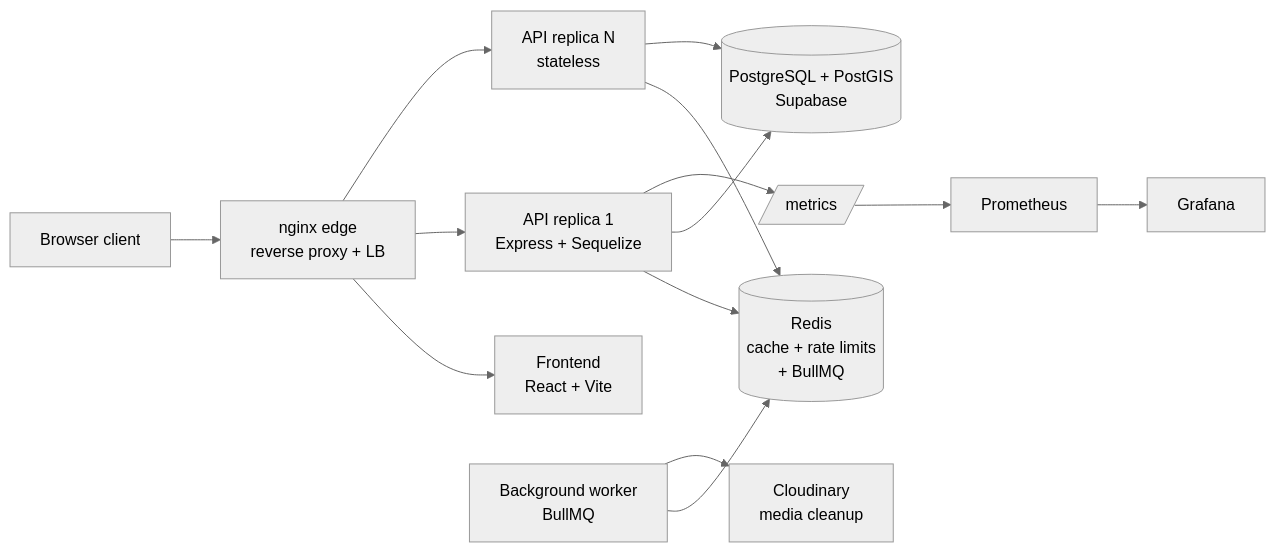
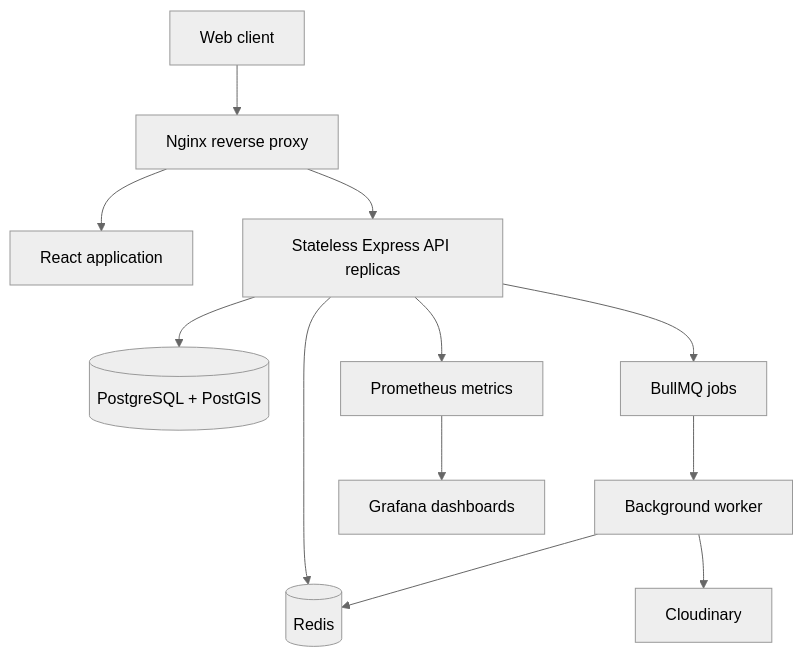
Before and after one commit to abubakar-ahmed-dev/Crime-Lens: the diagram in ReadMe.md, drawn with Mermaid (neutral theme). The commit also changed other lines of this file, not shown here.

````diff
--- a/ReadMe.md
+++ b/ReadMe.md
@@ -36,16 +79,14 @@
 ```mermaid
-flowchart LR
-    C[Browser client] --> N[nginx edge<br/>reverse proxy + LB]
-    N --> F[Frontend<br/>React + Vite]
-    N --> A1[API replica 1<br/>Express + Sequelize]
-    N --> A2[API replica N<br/>stateless]
-    A1 --> R[(Redis<br/>cache + rate limits<br/>+ BullMQ)]
-    A2 --> R
-    A1 --> P[(PostgreSQL + PostGIS<br/>Supabase)]
-    A2 --> P
-    W[Background worker<br/>BullMQ] --> R
-    W --> CL[Cloudinary<br/>media cleanup]
-    A1 --> M[/metrics/]
-    M --> PR[Prometheus]
-    PR --> G[Grafana]
+flowchart TD
+    U["Web client"] --> N["Nginx reverse proxy"]
+    N --> F["React application"]
+    N --> A["Stateless Express API replicas"]
+    A --> D[("PostgreSQL + PostGIS")]
+    A --> R[("Redis")]
+    A --> Q["BullMQ jobs"]
+    Q --> W["Background worker"]
+    W --> R
+    W --> C["Cloudinary"]
+    A --> P["Prometheus metrics"]
+    P --> G["Grafana dashboards"]
 ```
````
